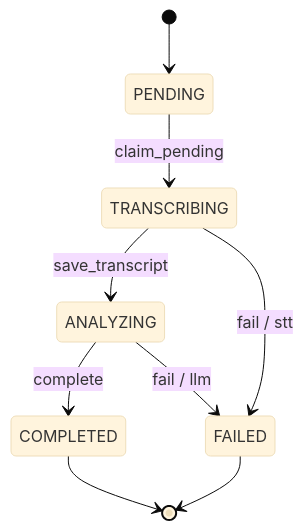
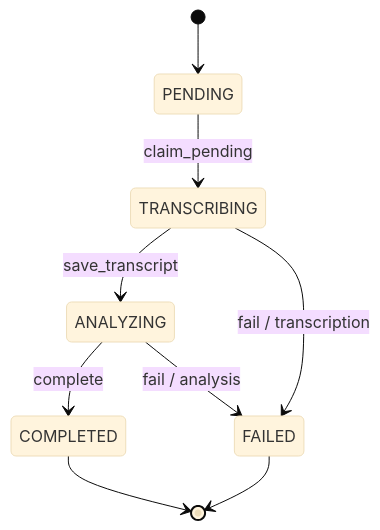
Before and after one commit to t0chka-g/conversation-analyzer: the first of 2 diagrams in README.md, drawn with Mermaid (base theme). The commit also changed other lines of this file and 11 other files, not shown here.

````diff
--- a/README.md
+++ b/README.md
@@ -115,11 +119,11 @@
 ```mermaid
 stateDiagram-v2
     [*] --> PENDING
     PENDING --> TRANSCRIBING: claim_pending
     TRANSCRIBING --> ANALYZING: save_transcript
     ANALYZING --> COMPLETED: complete
-    TRANSCRIBING --> FAILED: fail / stt
-    ANALYZING --> FAILED: fail / llm
+    TRANSCRIBING --> FAILED: fail / transcription
+    ANALYZING --> FAILED: fail / analysis
     COMPLETED --> [*]
     FAILED --> [*]
 ```
````
